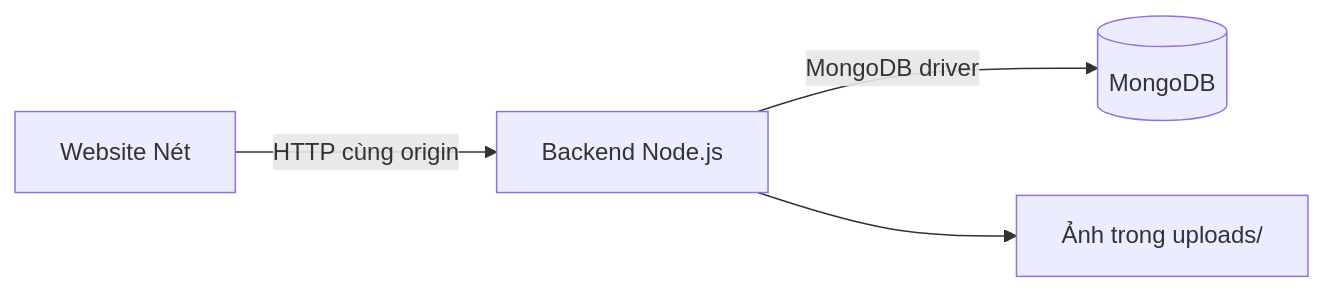
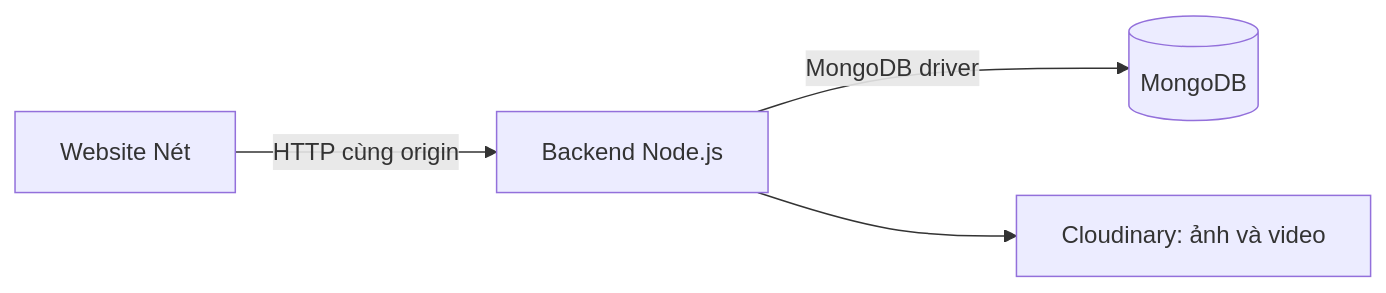
The diagram in docs/DINH_HUONG.md (dlixi-90/net-museum), drawn with Mermaid before and after one commit. The commit also changed other lines of this file and 20 other files, not shown here.

````diff
--- a/docs/DINH_HUONG.md
+++ b/docs/DINH_HUONG.md
@@ -5,6 +5,6 @@
 ```mermaid
 flowchart LR
   Browser[Website Nét] -->|HTTP cùng origin| API[Backend Node.js]
   API -->|MongoDB driver| Mongo[(MongoDB)]
-  API --> Files[Ảnh trong uploads/]
+  API --> Cloudinary[Cloudinary: ảnh và video]
 ```
````
